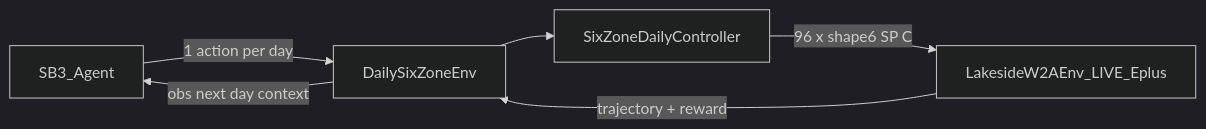
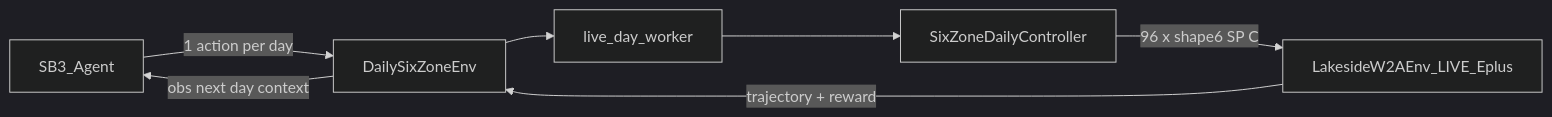
One commit to bbartling/py-bacnet-stacks-playground changed the diagram in vibe_code_apps_22/vibe22_agent_spec/RL_DAILY_DSM_DETAILED_PLAN.md. Above: the diagram before and after it, drawn with Mermaid (dark theme). The commit also changed other lines of this file and 14 other files, not shown here.

````diff
--- a/vibe_code_apps_22/vibe22_agent_spec/RL_DAILY_DSM_DETAILED_PLAN.md
+++ b/vibe_code_apps_22/vibe22_agent_spec/RL_DAILY_DSM_DETAILED_PLAN.md
@@ -27,12 +30,14 @@
 ```mermaid
 flowchart LR
   agent[SB3_Agent]
   dayEnv[DailySixZoneEnv]
+  worker[live_day_worker]
   ctrl[SixZoneDailyController]
   live[LakesideW2AEnv_LIVE_Eplus]
   agent -->|"1 action per day"| dayEnv
-  dayEnv --> ctrl
+  dayEnv --> worker
+  worker --> ctrl
   ctrl -->|"96 x shape6 SP C"| live
   live -->|"trajectory + reward"| dayEnv
   dayEnv -->|"obs next day context"| agent
 ```
````
